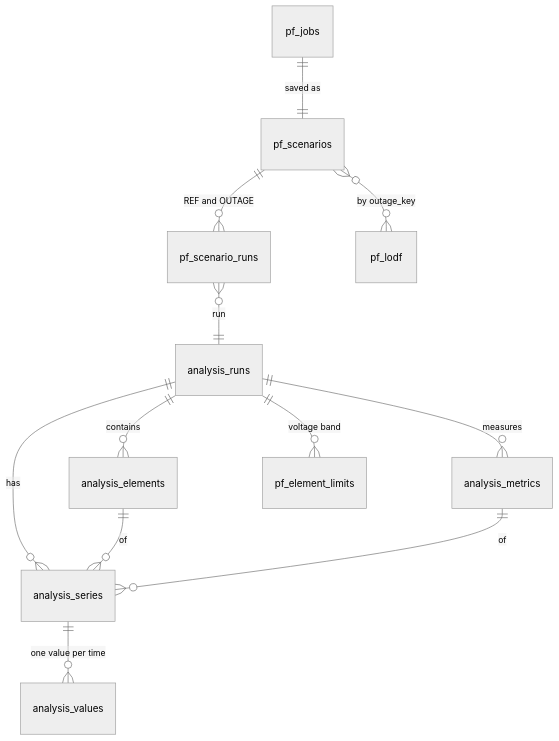
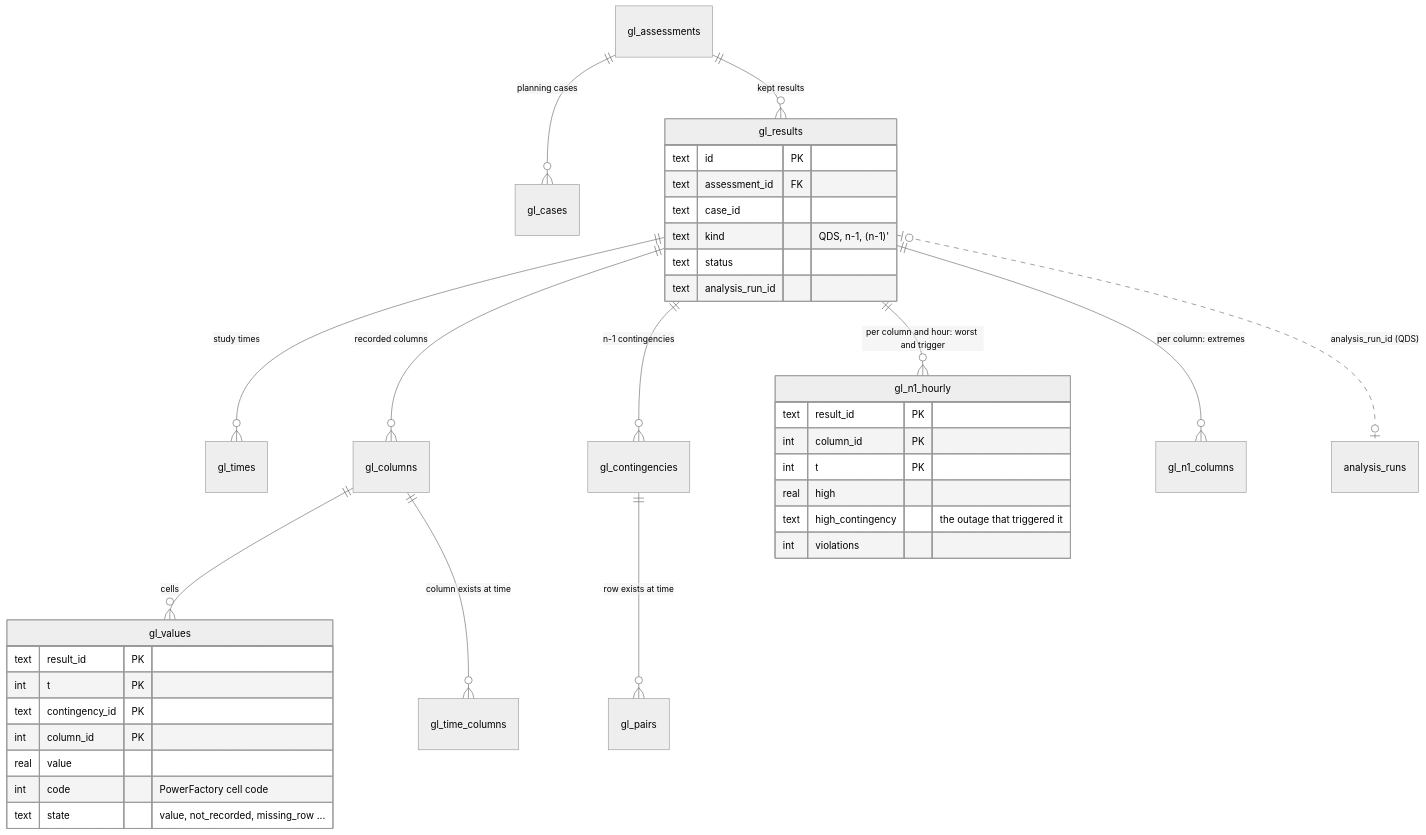
Before and after one commit to hadiibrahim-Engin/nahriva-grid-analysis: the second of 2 diagrams in docs/DATABASE.md, drawn with Mermaid (neutral theme). The commit also changed other lines of this file and 166 other files, not shown here.

````diff
--- a/docs/DATABASE.md
+++ b/docs/DATABASE.md
@@ -14,14 +144,40 @@
 ```mermaid
 erDiagram
-    pf_scenarios ||--o{ pf_scenario_runs : "REF and OUTAGE"
-    pf_scenario_runs }o--|| analysis_runs : run
-    analysis_runs ||--o{ analysis_elements : contains
-    analysis_runs ||--o{ analysis_metrics : measures
-    analysis_runs ||--o{ analysis_series : has
-    analysis_series ||--o{ analysis_values : "one value per time"
-    analysis_elements ||--o{ analysis_series : of
-    analysis_metrics ||--o{ analysis_series : of
-    analysis_runs ||--o{ pf_element_limits : "voltage band"
-    pf_scenarios }o--o{ pf_lodf : "by outage_key"
-    pf_jobs ||--|| pf_scenarios : "saved as"
+    gl_assessments ||--o{ gl_cases : "planning cases"
+    gl_assessments ||--o{ gl_results : "kept results"
+    gl_results ||--o{ gl_times : "study times"
+    gl_results ||--o{ gl_columns : "recorded columns"
+    gl_results ||--o{ gl_contingencies : "n-1 contingencies"
+    gl_columns ||--o{ gl_values : "cells"
+    gl_contingencies ||--o{ gl_pairs : "row exists at time"
+    gl_columns ||--o{ gl_time_columns : "column exists at time"
+    gl_results ||--o{ gl_n1_hourly : "per column and hour: worst and trigger"
+    gl_results ||--o{ gl_n1_columns : "per column: extremes"
+    gl_results |o..o| analysis_runs : "analysis_run_id (QDS)"
+
+    gl_results {
+        text id PK
+        text assessment_id FK
+        text case_id
+        text kind "QDS, n-1, (n-1)'"
+        text status
+        text analysis_run_id
+    }
+    gl_values {
+        text result_id PK
+        int t PK
+        text contingency_id PK
+        int column_id PK
+        real value
+        int code "PowerFactory cell code"
+        text state "value, not_recorded, missing_row ..."
+    }
+    gl_n1_hourly {
+        text result_id PK
+        int column_id PK
+        int t PK
+        real high
+        text high_contingency "the outage that triggered it"
+        int violations
+    }
 ```
````
